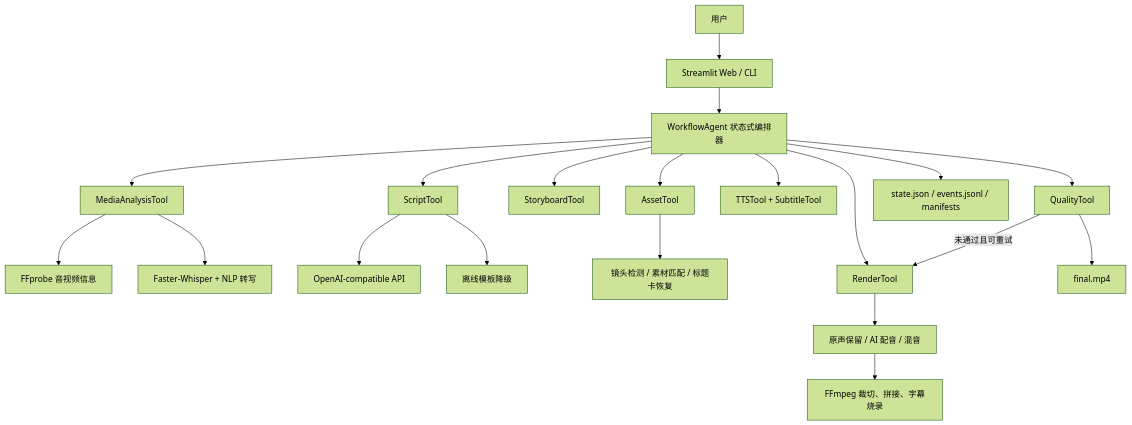
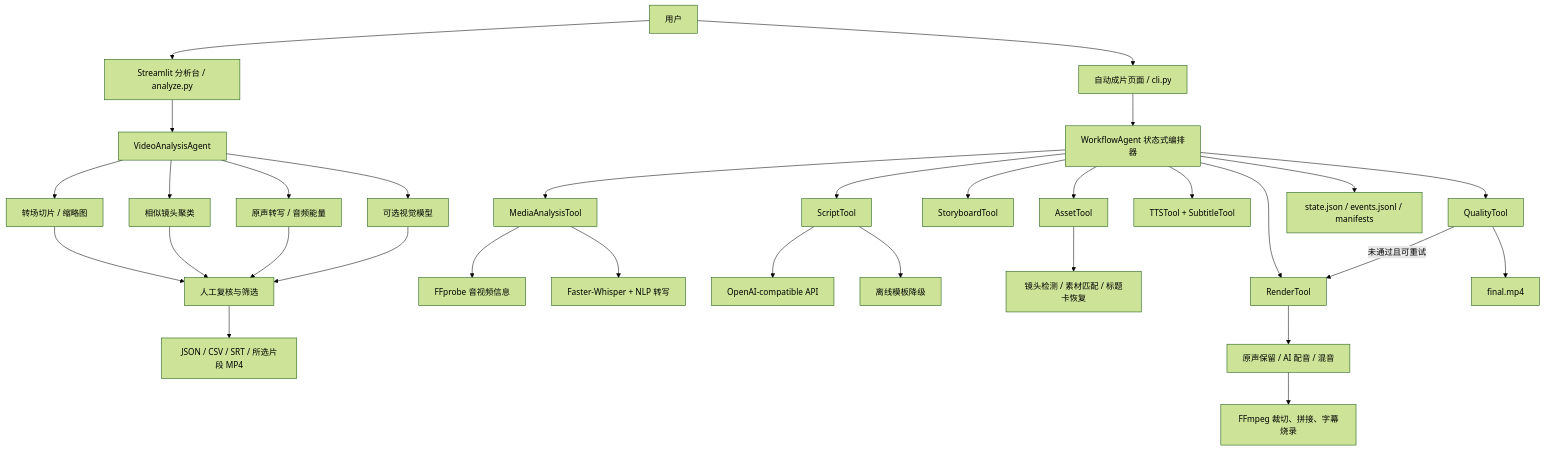
The diagram in README.md (xianzaren/storyforge-agent), drawn with Mermaid (forest theme) before and after one commit. The commit also changed other lines of this file and 12 other files, not shown here.

````diff
--- a/README.md
+++ b/README.md
@@ -267,28 +286,40 @@
 ```mermaid
 flowchart TD
-    U[用户] --> UI[Streamlit Web / CLI]
-    UI --> W[WorkflowAgent 状态式编排器]
+    U[用户] --> UI[Streamlit 分析台 / analyze.py]
+    UI --> VA[VideoAnalysisAgent]
+    VA --> CUT[转场切片 / 缩略图]
+    VA --> CL[相似镜头聚类]
+    VA --> AU[原声转写 / 音频能量]
+    VA --> VIS[可选视觉模型]
+    CUT --> REVIEW[人工复核与筛选]
+    CL --> REVIEW
+    AU --> REVIEW
+    VIS --> REVIEW
+    REVIEW --> AO[JSON / CSV / SRT / 所选片段 MP4]
+
+    U --> LEGACY[自动成片页面 / cli.py]
+    LEGACY --> W[WorkflowAgent 状态式编排器]
 
     W --> M[MediaAnalysisTool]
     M --> P[FFprobe 音视频信息]
     M --> WH[Faster-Whisper + NLP 转写]
 
     W --> S[ScriptTool]
     S --> LLM[OpenAI-compatible API]
     S --> FT[离线模板降级]
 
     W --> B[StoryboardTool]
     W --> A[AssetTool]
     A --> SD[镜头检测 / 素材匹配 / 标题卡恢复]
 
     W --> T[TTSTool + SubtitleTool]
     W --> R[RenderTool]
     R --> MX[原声保留 / AI 配音 / 混音]
     MX --> FF[FFmpeg 裁切、拼接、字幕烧录]
 
     W --> Q[QualityTool]
     Q -->|未通过且可重试| R
     Q --> O[final.mp4]
 
     W --> OBS[state.json / events.jsonl / manifests]
 ```
````
